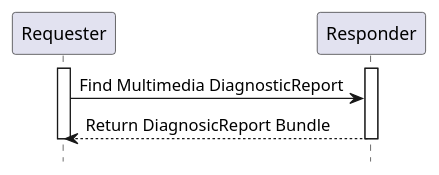
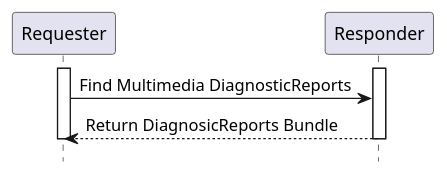
The diagram in input/images-source/RAD-Y3-seq.plantuml (IHE/RAD.IMR), drawn with PlantUML before and after one commit.

Commit message:
Change to plural.

```diff
--- a/input/images-source/RAD-Y3-seq.plantuml
+++ b/input/images-source/RAD-Y3-seq.plantuml
@@ -1,15 +1,15 @@
 @startuml
 
 hide footbox
 
 participant "Requester" as Reader
 participant "Responder" as Repo
 
 activate Reader
 activate Repo
-Reader->Repo: Find Multimedia DiagnosticReport
-Repo-->Reader: Return DiagnosicReport Bundle
+Reader->Repo: Find Multimedia DiagnosticReports
+Repo-->Reader: Return DiagnosicReports Bundle
 deactivate Repo
 deactivate Reader
 
 @enduml
```
